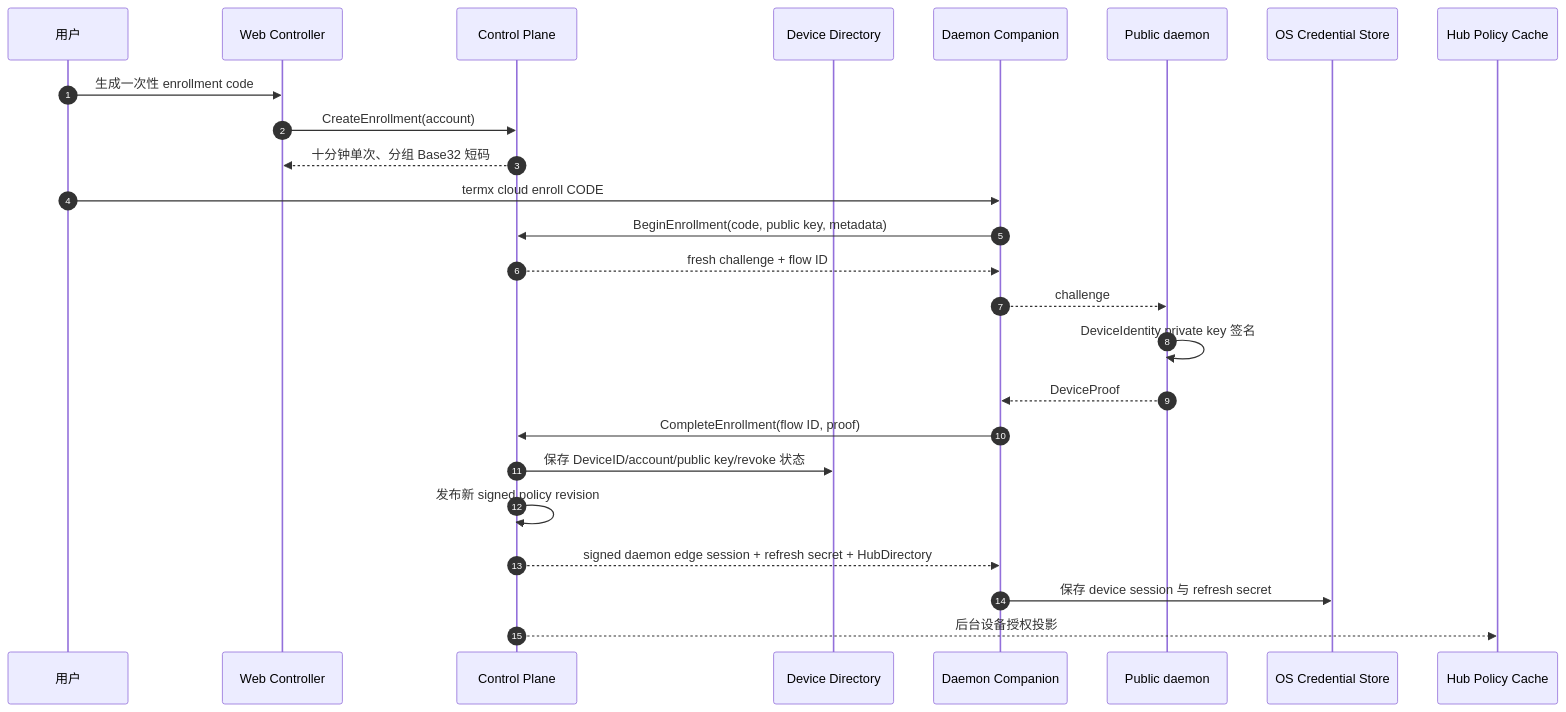
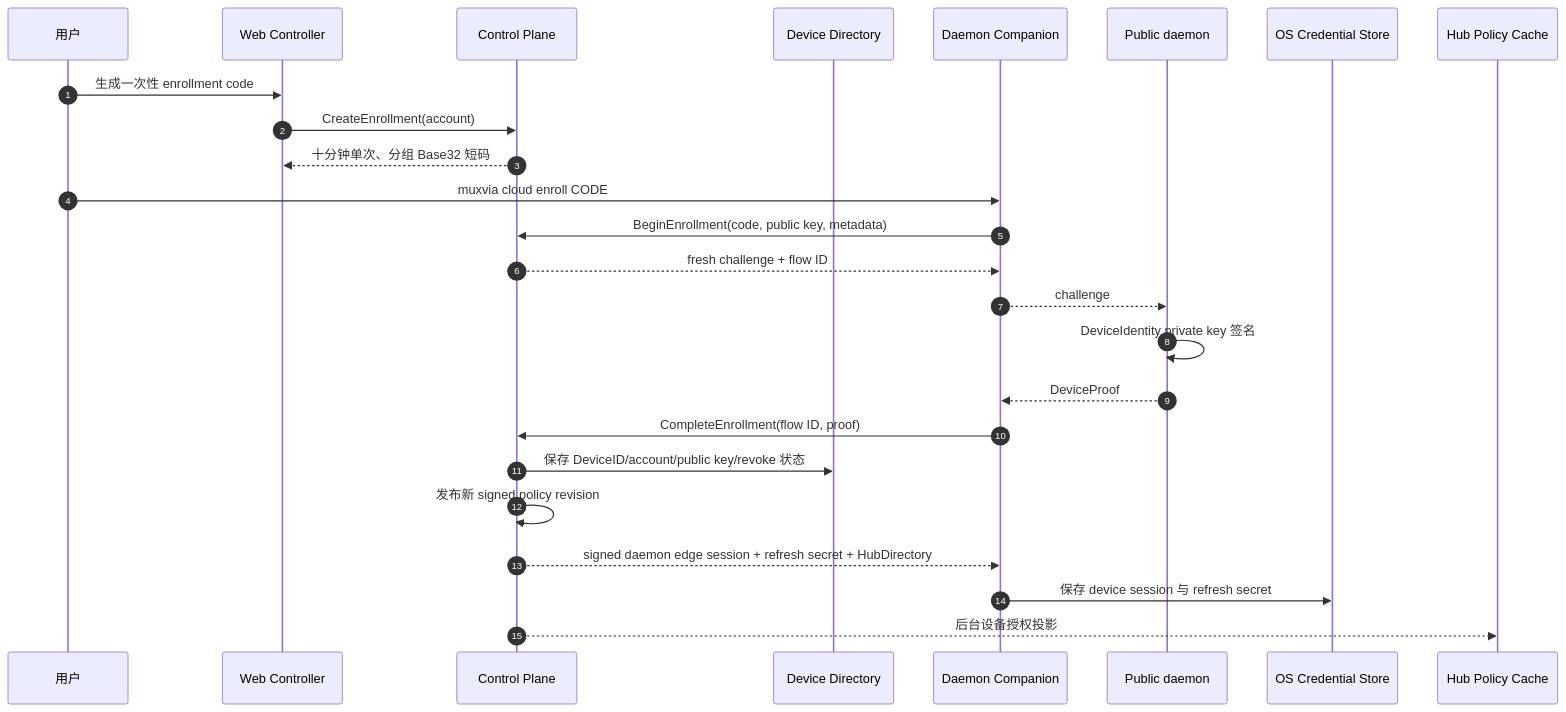
One commit to lozzo/termx changed the third of 10 diagrams in docs/remote-platform/cloud-end-to-end-swimlanes.md. Above: the diagram before and after it, drawn with Mermaid. The commit also changed other lines of this file and 208 other files, not shown here.

````diff
--- a/docs/remote-platform/cloud-end-to-end-swimlanes.md
+++ b/docs/remote-platform/cloud-end-to-end-swimlanes.md
@@ -113,28 +113,28 @@
 ```mermaid
 sequenceDiagram
     autonumber
     participant U as 用户
     participant W as Web Controller
     participant CP as Control Plane
     participant DB as Device Directory
     participant DC as Daemon Companion
     participant D as Public daemon
     participant S as OS Credential Store
     participant H as Hub Policy Cache
 
     U->>W: 生成一次性 enrollment code
     W->>CP: CreateEnrollment(account)
     CP-->>W: 十分钟单次、分组 Base32 短码
-    U->>DC: termx cloud enroll CODE
+    U->>DC: muxvia cloud enroll CODE
     DC->>CP: BeginEnrollment(code, public key, metadata)
     CP-->>DC: fresh challenge + flow ID
     DC-->>D: challenge
     D->>D: DeviceIdentity private key 签名
     D-->>DC: DeviceProof
     DC->>CP: CompleteEnrollment(flow ID, proof)
     CP->>DB: 保存 DeviceID/account/public key/revoke 状态
     CP->>CP: 发布新 signed policy revision
     CP-->>DC: signed daemon edge session + refresh secret + HubDirectory
     DC->>S: 保存 device session 与 refresh secret
     CP-->>H: 后台设备授权投影
 ```
````
